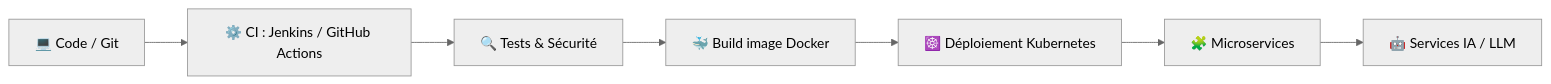
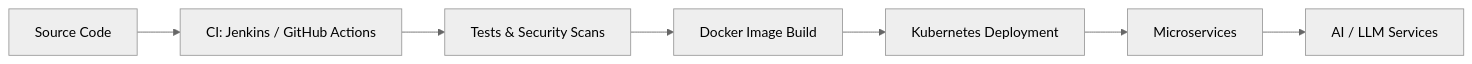
One commit to Evil-Ghoster/Evil-Ghoster changed the diagram in README.md. Above: the diagram before and after it, drawn with Mermaid (neutral theme). The commit also changed other lines of this file, not shown here.

````diff
--- a/README.md
+++ b/README.md
@@ -116,9 +82,9 @@
 ```mermaid
 flowchart LR
-    A[💻 Code / Git] --> B[⚙️ CI : Jenkins / GitHub Actions]
-    B --> C[🔍 Tests & Sécurité]
-    C --> D[🐳 Build image Docker]
-    D --> E[☸️ Déploiement Kubernetes]
-    E --> F[🧩 Microservices]
-    F --> G[🤖 Services IA / LLM]
+    A[Source Code] --> B[CI: Jenkins / GitHub Actions]
+    B --> C[Tests & Security Scans]
+    C --> D[Docker Image Build]
+    D --> E[Kubernetes Deployment]
+    E --> F[Microservices]
+    F --> G[AI / LLM Services]
 ```
````
